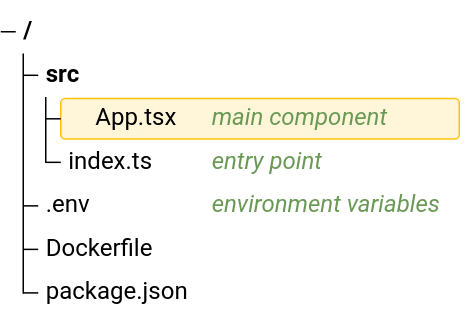
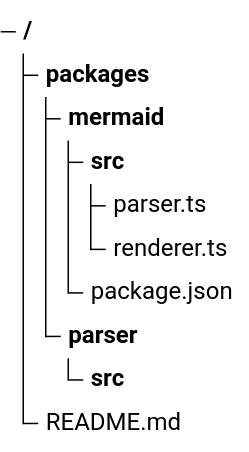
The second of 2 diagrams in markdown/mermaid/tree-view/box-drawing-input.md (rosa-lpz/software-tools), drawn with Mermaid (forest theme) before and after one commit. The commit also changed other lines of this file and 1 other file, not shown here.

Commit message:
markdown/mermaid/tree-view/annotations & box

````diff
--- a/markdown/mermaid/tree-view/box-drawing-input.md
+++ b/markdown/mermaid/tree-view/box-drawing-input.md
@@ -48,10 +55,13 @@
 ```mermaid
 treeView-beta
-├── src/
-│   ├── App.tsx :::highlight icon(logos:react) ## main component
-│   └── index.ts ## entry point
-├── .env ## environment variables
-├── Dockerfile
-└── package.json
+├── packages/
+│   ├── mermaid/
+│   │   ├── src/
+│   │   │   ├── parser.ts
+│   │   │   └── renderer.ts
+│   │   └── package.json
+│   └── parser/
+│       └── src/
+└── README.md
 
 ```
````
